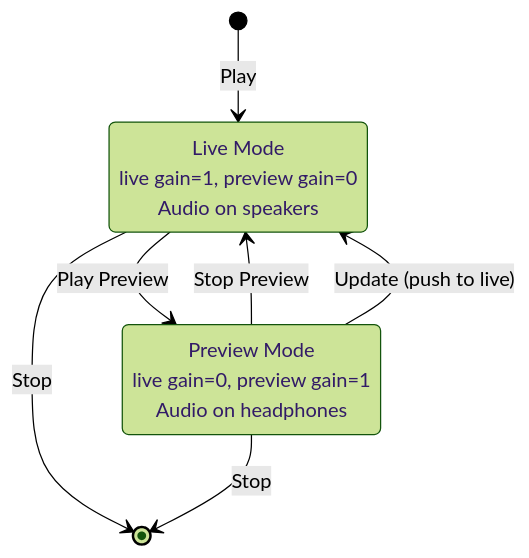
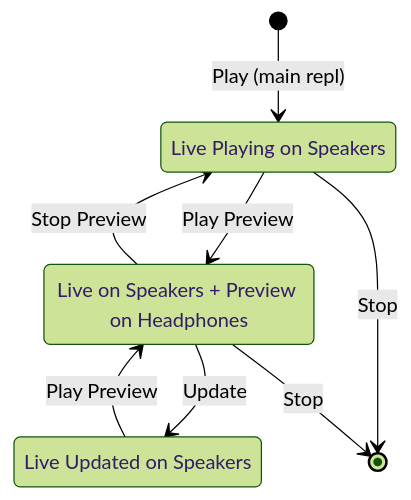
The third of 3 diagrams in .kiro/specs/audio-mixer-preview/design.md (dygy/strudel-client), drawn with Mermaid (forest theme) before and after one commit. The commit also changed other lines of this file and 19 other files, not shown here.

````diff
--- a/.kiro/specs/audio-mixer-preview/design.md
+++ b/.kiro/specs/audio-mixer-preview/design.md
@@ -66,14 +61,17 @@
 ```mermaid
 stateDiagram-v2
-    [*] --> LiveMode: Play
-    LiveMode: Live Mode<br/>live gain=1, preview gain=0<br/>Audio on speakers
+    [*] --> LivePlaying: Play (main repl)
+    LivePlaying: Live Playing on Speakers
     
-    LiveMode --> PreviewMode: Play Preview
-    PreviewMode: Preview Mode<br/>live gain=0, preview gain=1<br/>Audio on headphones
+    LivePlaying --> LiveAndPreview: Play Preview
+    LiveAndPreview: Live on Speakers + Preview on Headphones
     
-    PreviewMode --> LiveMode: Stop Preview
-    PreviewMode --> LiveMode: Update (push to live)
+    LiveAndPreview --> LivePlaying: Stop Preview
     
-    LiveMode --> [*]: Stop
-    PreviewMode --> [*]: Stop
+    LiveAndPreview --> LiveUpdated: Update
+    LiveUpdated: Live Updated on Speakers
+    
+    LiveUpdated --> LiveAndPreview: Play Preview
+    LivePlaying --> [*]: Stop
+    LiveAndPreview --> [*]: Stop
 ```
````
